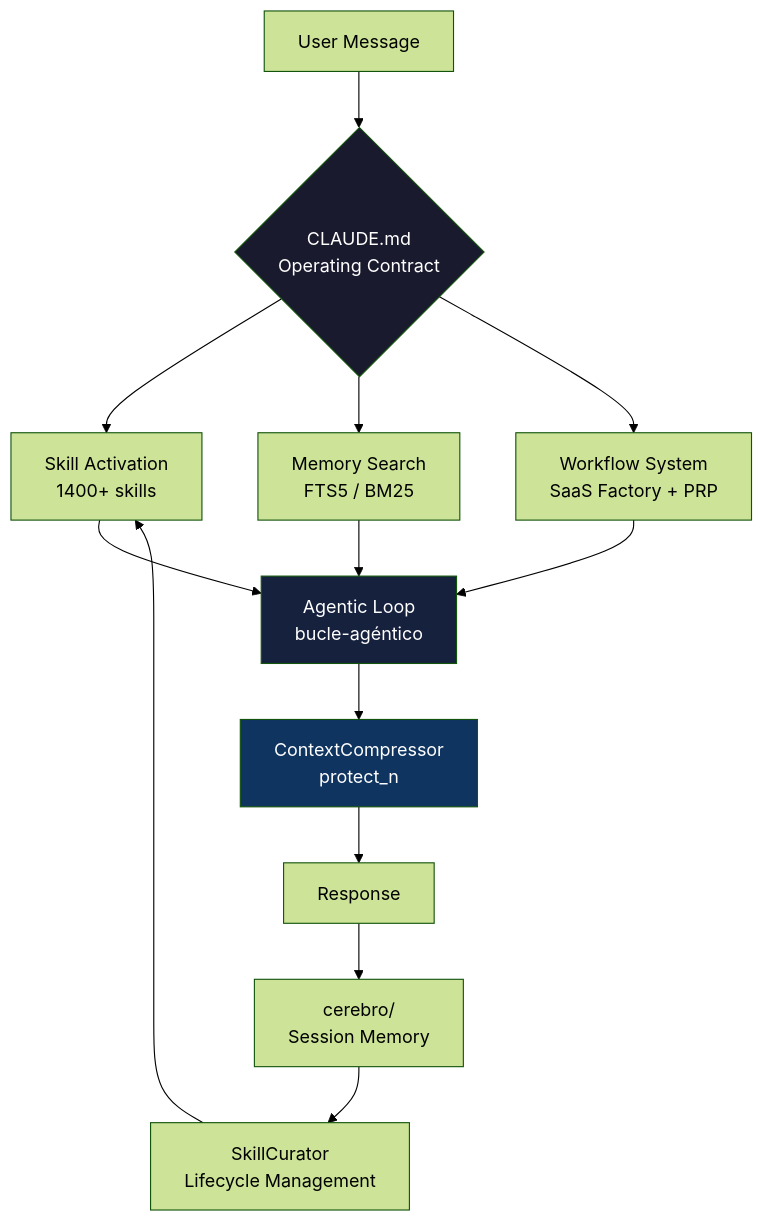
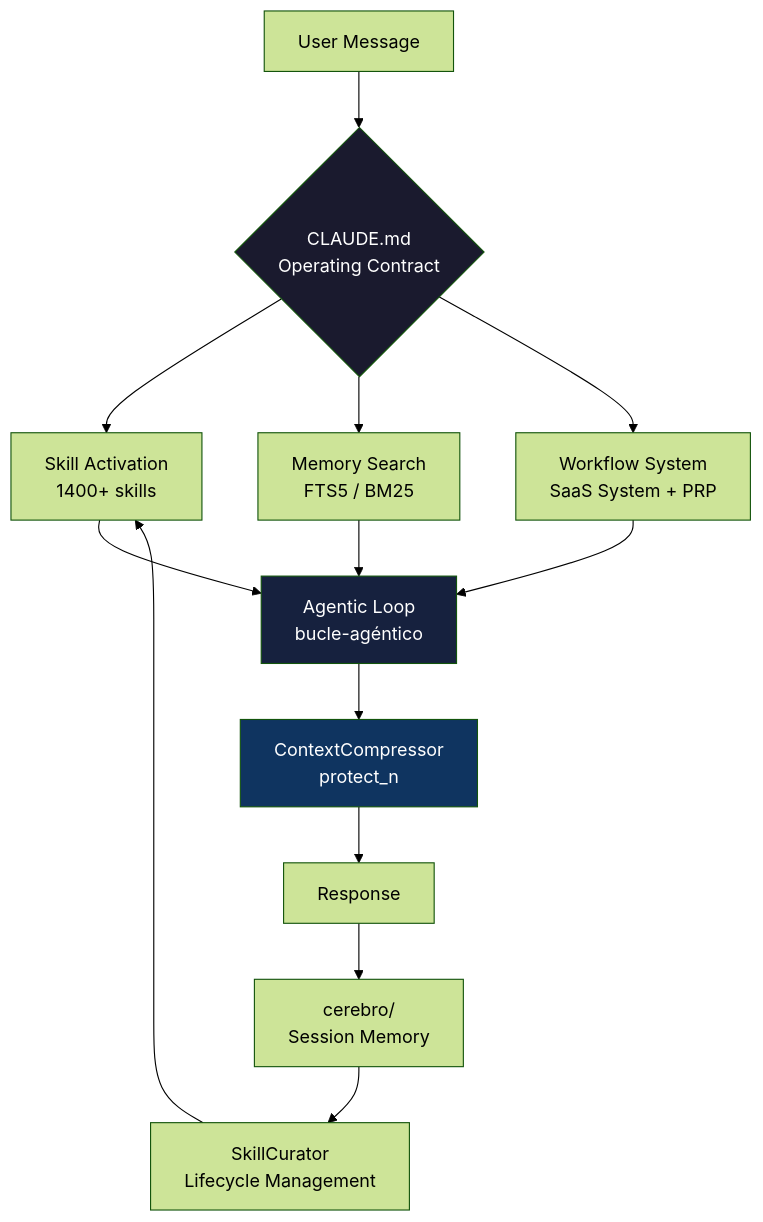
One commit to Ignvvcio254/Jarvis-254-Agent changed the first of 2 diagrams in README.md. Above: the diagram before and after it, drawn with Mermaid (forest theme). The commit also changed other lines of this file and 17 other files, not shown here.

Commit message:
refactor: rename SaaS Factory → SaaS System across all docs and code

````diff
--- a/README.md
+++ b/README.md
@@ -116,22 +116,22 @@
 ```mermaid
 graph TD
     A[User Message] --> B{CLAUDE.md\nOperating Contract}
     B --> C[Skill Activation\n1400+ skills]
     B --> D[Memory Search\nFTS5 / BM25]
-    B --> E[Workflow System\nSaaS Factory + PRP]
+    B --> E[Workflow System\nSaaS System + PRP]
 
     C --> F[Agentic Loop\nbucle-agéntico]
     D --> F
     E --> F
 
     F --> G[ContextCompressor\nprotect_n]
     G --> H[Response]
 
     H --> I[cerebro/\nSession Memory]
     I --> J[SkillCurator\nLifecycle Management]
     J --> C
 
     style B fill:#1a1a2e,color:#fff
     style F fill:#16213e,color:#fff
     style G fill:#0f3460,color:#fff
 ```
````
